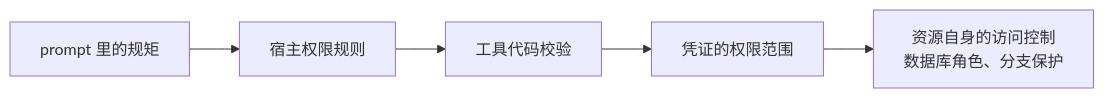
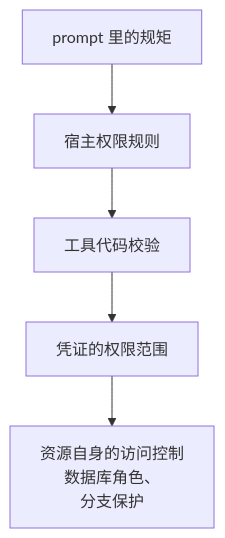
The first of 2 diagrams in books/agent-safety/04-permission-boundaries.md (jarvis-pro/hatch-shelf), drawn with Mermaid before and after one commit. The commit also changed other lines of this file and 432 other files, not shown here.

````diff
--- a/books/agent-safety/04-permission-boundaries.md
+++ b/books/agent-safety/04-permission-boundaries.md
@@ -11,7 +11,7 @@
 ```mermaid
-flowchart LR
+flowchart TD
   P["prompt 里的规矩"] --> H["宿主权限规则"]
   H --> T["工具代码校验"]
   T --> C["凭证的权限范围"]
-  C --> R["资源自身的访问控制<br/>数据库角色、分支保护"]
+  C --> R["资源自身的访问控制<br/>数据库角色、<br/>分支保护"]
 ```
````
